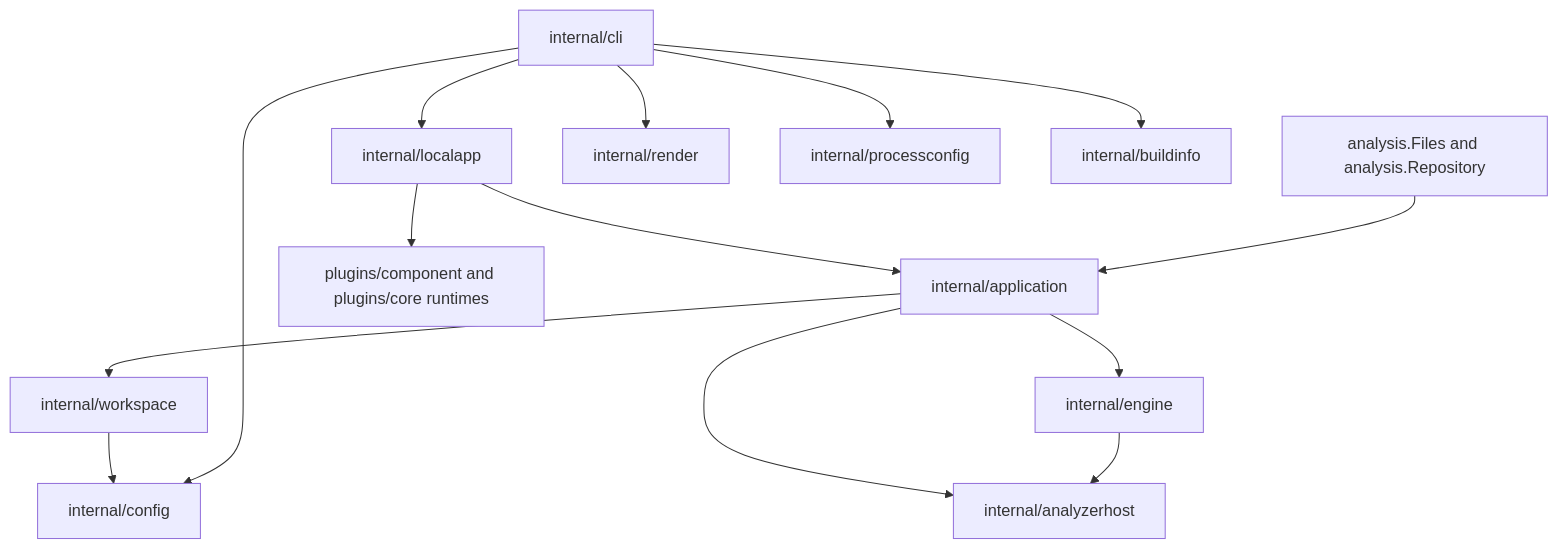
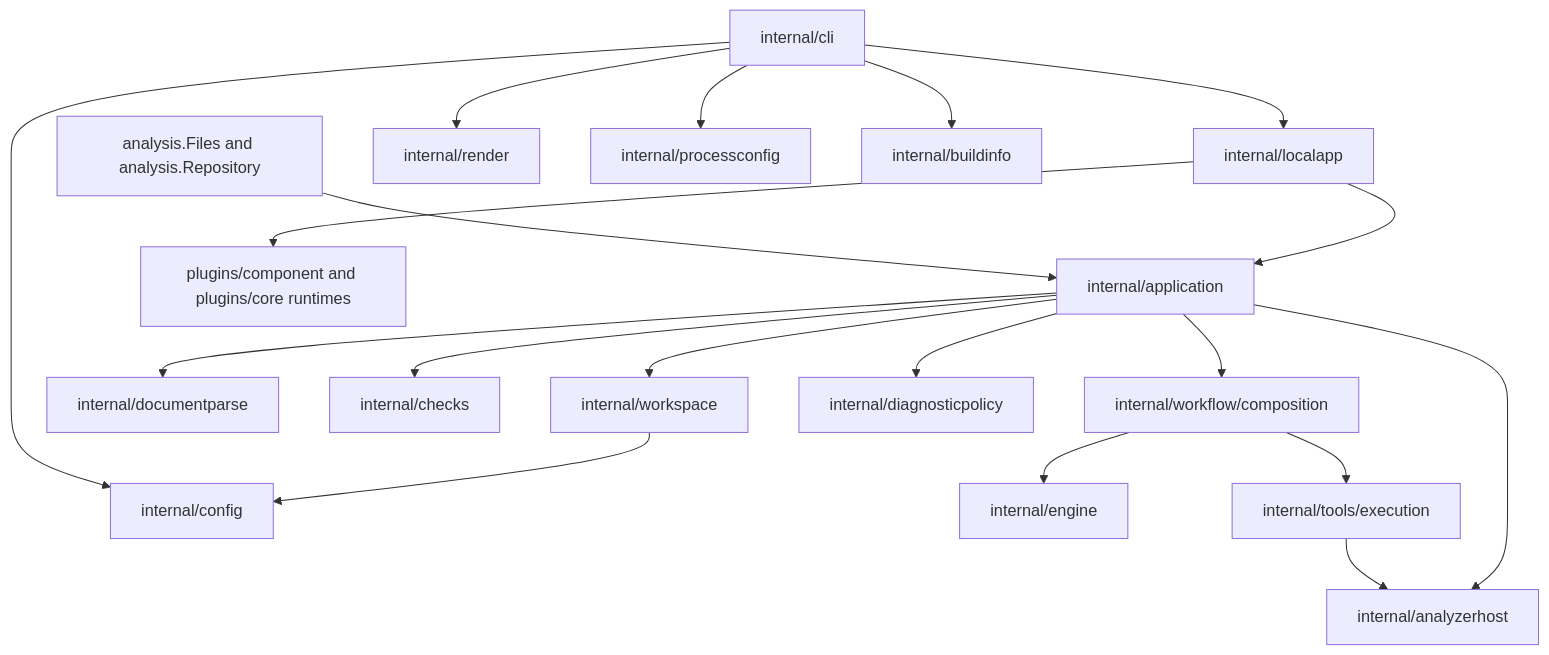
One commit to kjanat/actionlint changed the diagram in docs/design/application-boundary.md. Above: the diagram before and after it, drawn with Mermaid. The commit also changed other lines of this file and 243 other files, not shown here.

````diff
--- a/docs/design/application-boundary.md
+++ b/docs/design/application-boundary.md
@@ -9,16 +9,21 @@
 ```mermaid
 flowchart TD
     CLI[internal/cli] --> Local[internal/localapp]
     Local --> App[internal/application]
     Local --> Runtime[plugins/component and plugins/core runtimes]
     Library[analysis.Files and analysis.Repository] --> App
     App --> Workspace[internal/workspace]
     Workspace --> Config[internal/config]
-    App --> Engine[internal/engine]
+    App --> Decode[internal/documentparse]
+    App --> Registry[internal/checks]
+    App --> Composition[internal/workflow/composition]
+    App --> Policy[internal/diagnosticpolicy]
+    Composition --> Engine[internal/engine]
+    Composition --> Scripts[internal/tools/execution]
     App --> Host[internal/analyzerhost]
-    Engine --> Host
+    Scripts --> Host
     CLI --> Render[internal/render]
     CLI --> Config[internal/config]
     CLI --> Process[internal/processconfig]
     CLI --> Build[internal/buildinfo]
 ```
````
